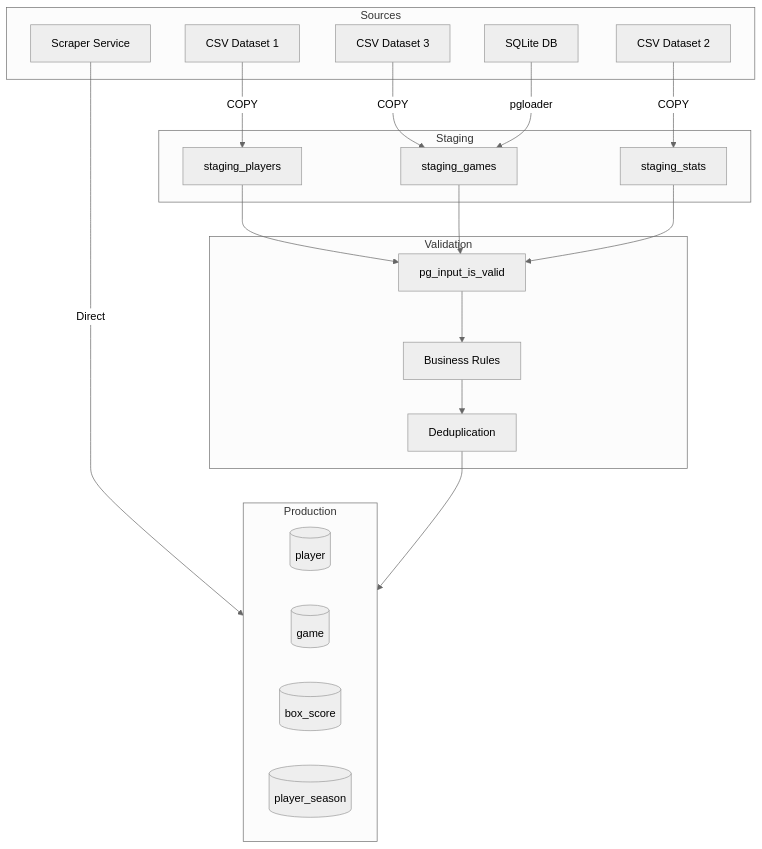
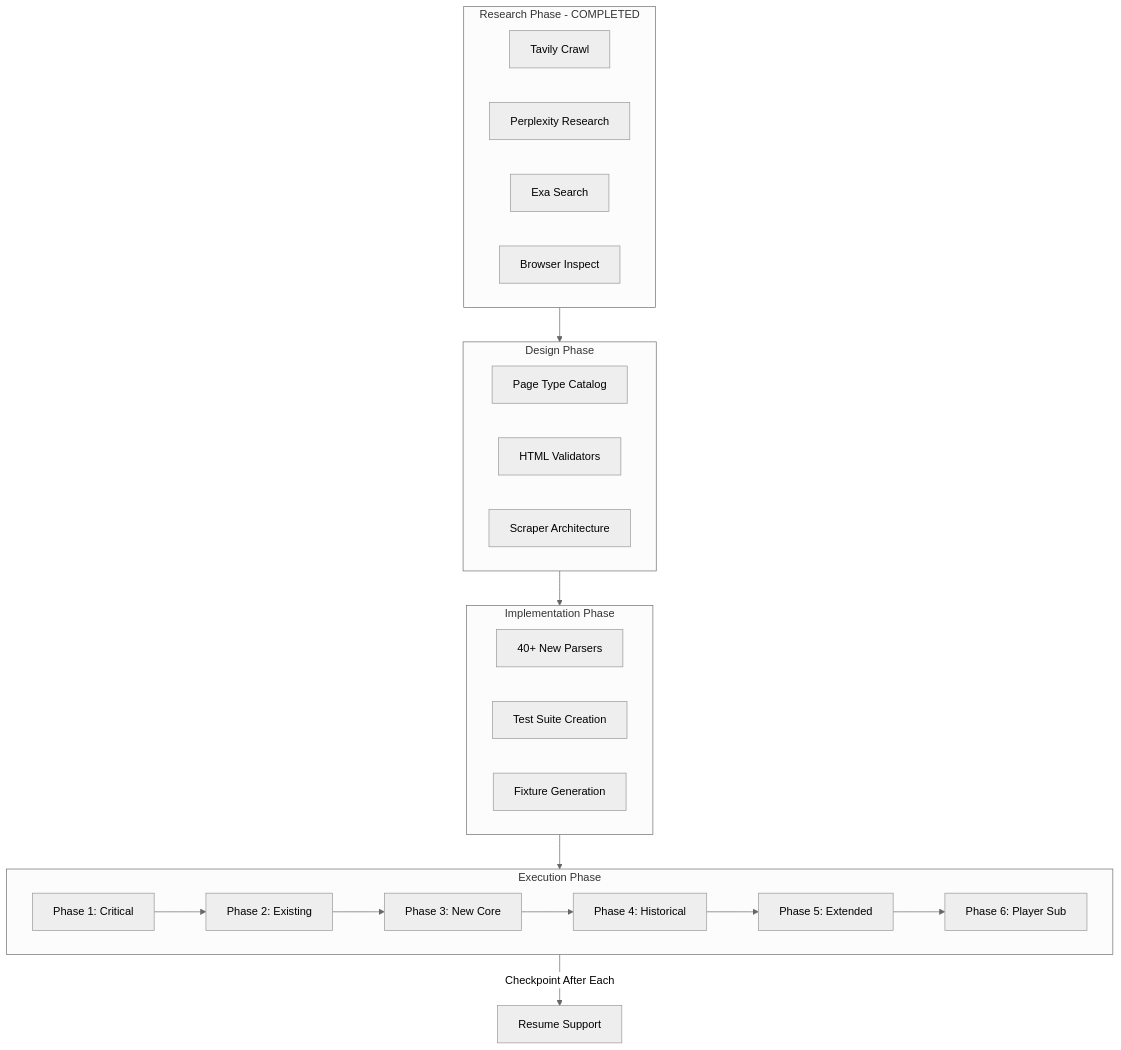
Before and after one commit to nickth3man/baller-hub: the diagram in PLAN.md, drawn with Mermaid (neutral theme). The commit also changed other lines of this file and 3 other files, not shown here.

````diff
--- a/PLAN.md
+++ b/PLAN.md
@@ -166,43 +463,42 @@
 ```mermaid
 flowchart TB
-    subgraph Sources
-        scraper[Scraper Service]
-        csv1[CSV Dataset 1]
-        csv2[CSV Dataset 2]
-        csv3[CSV Dataset 3]
-        sqlite[SQLite DB]
+    subgraph research [Research Phase - COMPLETED]
+        tavily[Tavily Crawl]
+        perplexity[Perplexity Research]
+        exa[Exa Search]
+        browser[Browser Inspect]
     end
     
-    subgraph Staging
-        staging_players[staging_players]
-        staging_games[staging_games]
-        staging_stats[staging_stats]
+    subgraph design [Design Phase]
+        catalog[Page Type Catalog]
+        validators[HTML Validators]
+        scraper[Scraper Architecture]
     end
     
-    subgraph Validation
-        type_check[pg_input_is_valid]
-        constraint_check[Business Rules]
-        dedup[Deduplication]
+    subgraph implement [Implementation Phase]
+        parsers[40+ New Parsers]
+        tests[Test Suite Creation]
+        fixtures[Fixture Generation]
     end
     
-    subgraph Production
-        players[(player)]
-        games[(game)]
-        box_scores[(box_score)]
-        stats[(player_season)]
+    subgraph execute [Execution Phase]
+        phase1[Phase 1: Critical]
+        phase2[Phase 2: Existing]
+        phase3[Phase 3: New Core]
+        phase4[Phase 4: Historical]
+        phase5[Phase 5: Extended]
+        phase6[Phase 6: Player Sub]
     end
     
-    csv1 --> |COPY| staging_players
-    csv2 --> |COPY| staging_stats
-    csv3 --> |COPY| staging_games
-    sqlite --> |pgloader| staging_games
-    scraper --> |Direct| Production
+    research --> design
+    design --> implement
+    implement --> execute
     
-    staging_players --> type_check
-    staging_games --> type_check
-    staging_stats --> type_check
+    phase1 --> phase2
+    phase2 --> phase3
+    phase3 --> phase4
+    phase4 --> phase5
+    phase5 --> phase6
     
-    type_check --> constraint_check
-    constraint_check --> dedup
-    dedup --> Production
+    execute -->|Checkpoint After Each| resume[Resume Support]
 ```
````
